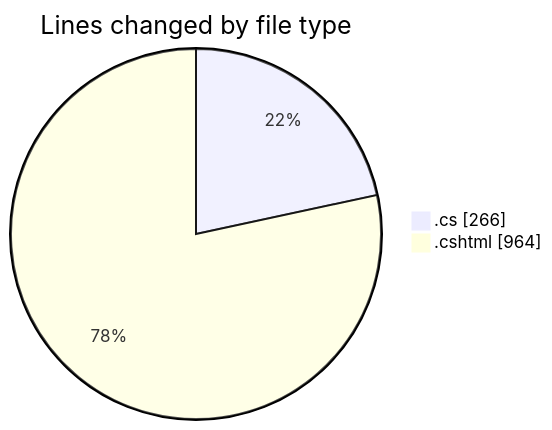
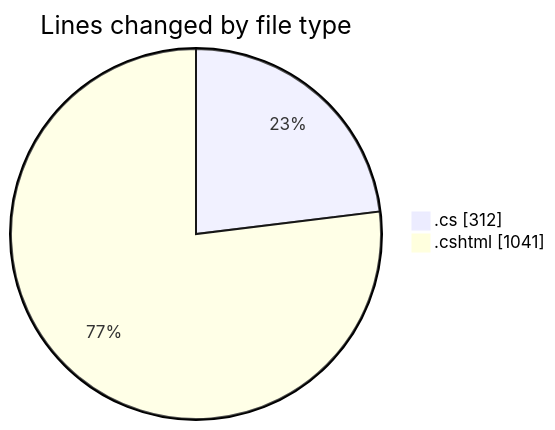
The first of 2 diagrams in 2025-07-16/nhahang/README.md (lephambinh05/code-tracking), drawn with Mermaid before and after one commit. The commit also changed other lines of this file and 1 other file, not shown here.

````diff
--- a/2025-07-16/nhahang/README.md
+++ b/2025-07-16/nhahang/README.md
@@ -46,6 +47,6 @@
 ```mermaid
 pie showData
 title Lines changed by file type
-".cs" : 266
-".cshtml" : 964
+".cs" : 312
+".cshtml" : 1041
 ```
````
